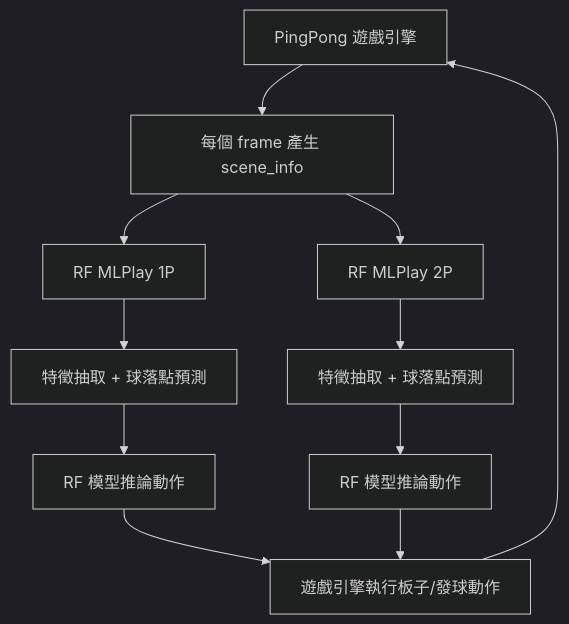
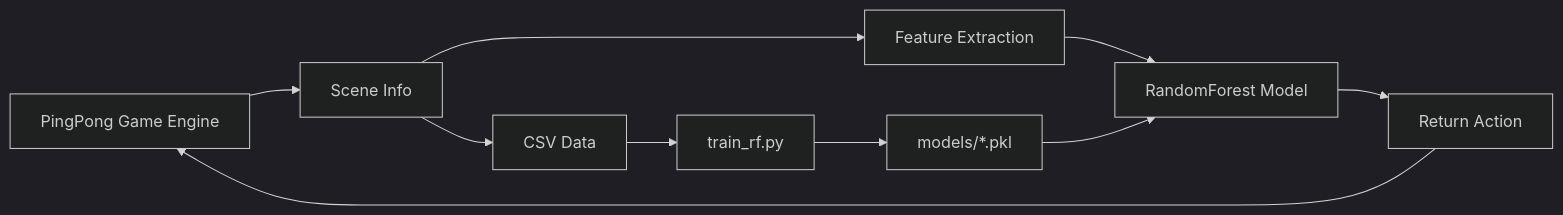
One commit to jerry930829/ML_pingpong changed the second of 2 diagrams in README.md. Above: the diagram before and after it, drawn with Mermaid (dark theme). The commit also changed other lines of this file, not shown here.

````diff
--- a/README.md
+++ b/README.md
@@ -68,16 +119,22 @@
 ```mermaid
-flowchart TD
-    A[PingPong 遊戲引擎] --> B[每個 frame 產生 scene_info]
-    B --> C1[RF MLPlay 1P]
-    B --> C2[RF MLPlay 2P]
+flowchart LR
+  Game[PingPong Game Engine]
+  Scene[Scene Info]
+  Features[Feature Extraction]
+  RFModel[RandomForest Model]
+  Action[Return Action]
+  CSV[CSV Data]
+  Trainer[train_rf.py]
+  Models[models/*.pkl]
 
-    C1 --> D1[特徵抽取 + 球落點預測]
-    C2 --> D2[特徵抽取 + 球落點預測]
+  Game --> Scene
+  Scene --> Features
+  Features --> RFModel
+  RFModel --> Action
+  Action --> Game
 
-    D1 --> E1[RF 模型推論動作]
-    D2 --> E2[RF 模型推論動作]
-
-    E1 --> F[遊戲引擎執行板子/發球動作]
-    E2 --> F
-    F --> A
+  Scene --> CSV
+  CSV --> Trainer
+  Trainer --> Models
+  Models --> RFModel
 ```
````
